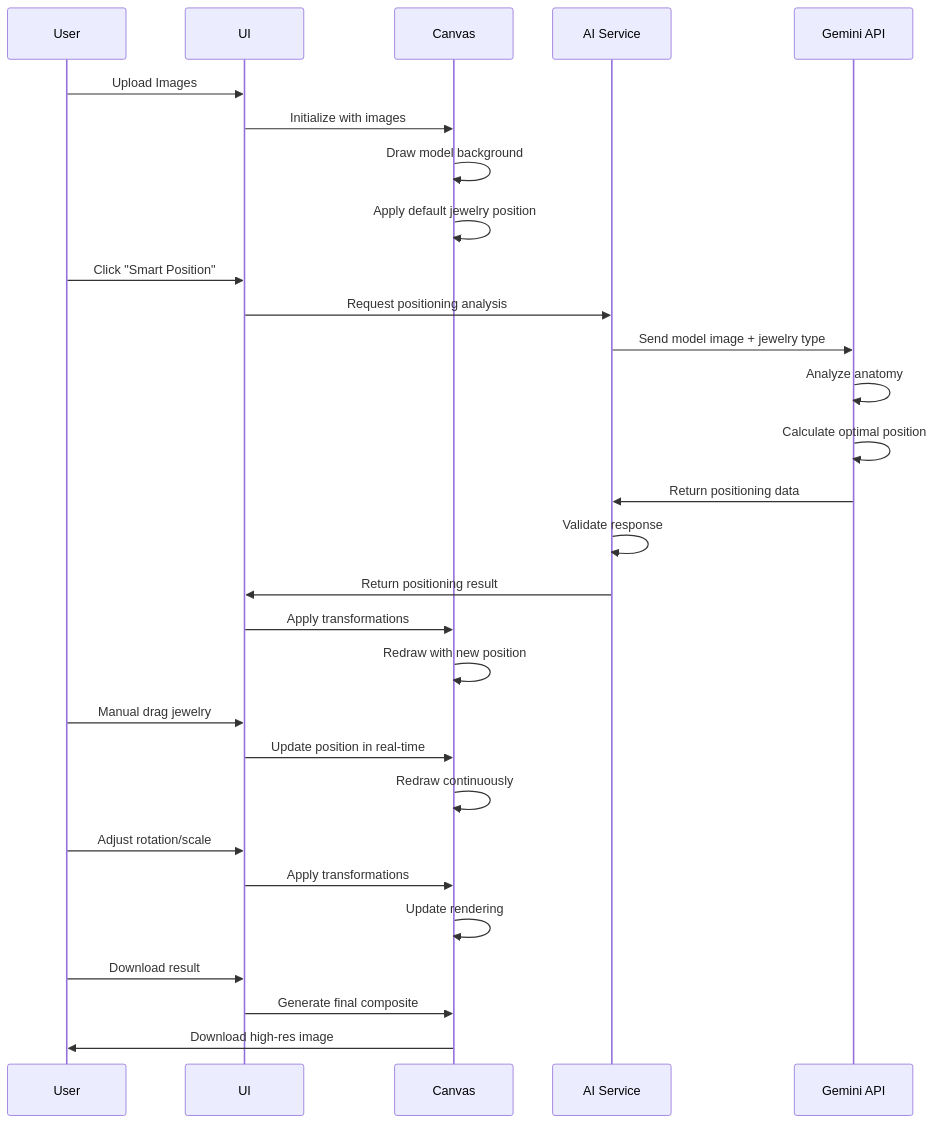
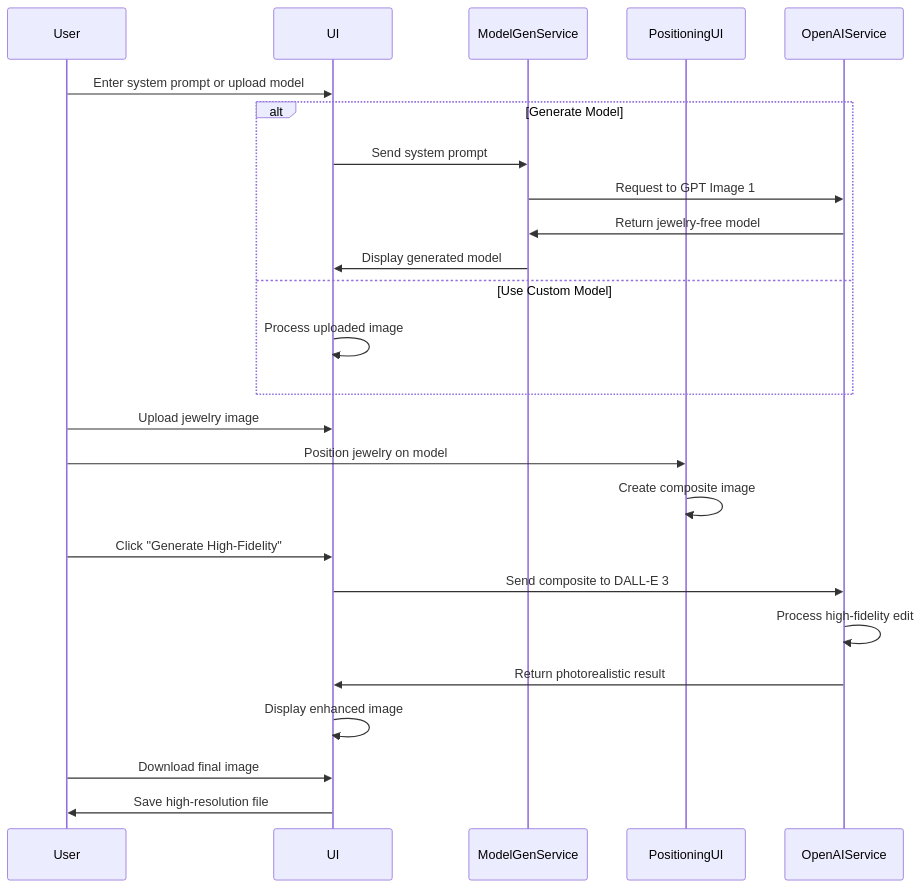
One commit to ShivaBhattacharjee/astra-assignment changed the fourth of 6 diagrams in DESIGN_DOCUMENT.md. Above: the diagram before and after it, drawn with Mermaid. The commit also changed other lines of this file, not shown here.

Commit message:
feat: Revise design document to reflect high-fidelity AI image generation and updated architecture

````diff
--- a/DESIGN_DOCUMENT.md
+++ b/DESIGN_DOCUMENT.md
@@ -177,38 +178,32 @@
 ```mermaid
 sequenceDiagram
     participant User
     participant UI
-    participant Canvas
-    participant AI Service
-    participant Gemini API
+    participant ModelGenService
+    participant PositioningUI
+    participant OpenAIService
     
-    User->>UI: Upload Images
-    UI->>Canvas: Initialize with images
-    Canvas->>Canvas: Draw model background
-    Canvas->>Canvas: Apply default jewelry position
+    User->>UI: Enter system prompt or upload model
     
-    User->>UI: Click "Smart Position"
-    UI->>AI Service: Request positioning analysis
-    AI Service->>Gemini API: Send model image + jewelry type
+    alt Generate Model
+        UI->>ModelGenService: Send system prompt
+        ModelGenService->>OpenAIService: Request to GPT Image 1
+        OpenAIService->>ModelGenService: Return jewelry-free model
+        ModelGenService->>UI: Display generated model
+    else Use Custom Model
+        UI->>UI: Process uploaded image
+    end
     
-    Gemini API->>Gemini API: Analyze anatomy
-    Gemini API->>Gemini API: Calculate optimal position
-    Gemini API->>AI Service: Return positioning data
+    User->>UI: Upload jewelry image
+    User->>PositioningUI: Position jewelry on model
+    PositioningUI->>PositioningUI: Create composite image
     
-    AI Service->>AI Service: Validate response
-    AI Service->>UI: Return positioning result
-    UI->>Canvas: Apply transformations
-    Canvas->>Canvas: Redraw with new position
+    User->>UI: Click "Generate High-Fidelity"
+    UI->>OpenAIService: Send composite to DALL-E 3
+    OpenAIService->>OpenAIService: Process high-fidelity edit
+    OpenAIService->>UI: Return photorealistic result
     
-    User->>UI: Manual drag jewelry
-    UI->>Canvas: Update position in real-time
-    Canvas->>Canvas: Redraw continuously
-    
-    User->>UI: Adjust rotation/scale
-    UI->>Canvas: Apply transformations
-    Canvas->>Canvas: Update rendering
-    
-    User->>UI: Download result
-    UI->>Canvas: Generate final composite
-    Canvas->>User: Download high-res image
+    UI->>UI: Display enhanced image
+    User->>UI: Download final image
+    UI->>User: Save high-resolution file
 ```
````
